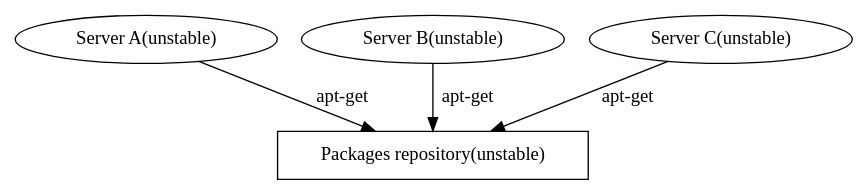
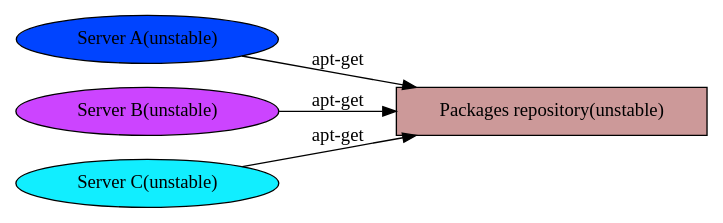
One commit to dancerj/monthly-report changed the diagram in image200709/apt-proxy.dot. Above: the diagram before and after it, drawn with Graphviz. The commit also changed 13 other files, not shown here.

```diff
--- a/image200709/apt-proxy.dot
+++ b/image200709/apt-proxy.dot
@@ -1,7 +1,11 @@
 digraph G {
+graph [rankdir = LR];
 node [shape = "ellipse"];
-"Packages repository(unstable)" [shape = "box"];
+"Packages repository(unstable)" [shape = "box" ,style = filled,fillcolor = "#CC9999"];
+"Server A(unstable)" [shape = "ellipse", style = filled, fillcolor="#0044ff"];
+"Server B(unstable)" [shape = "ellipse", style = filled, fillcolor="#CC44ff"];
+"Server C(unstable)" [shape = "ellipse", style = filled, fillcolor="#11eeff"];
 "Server A(unstable)" -> "Packages repository(unstable)" [label = "apt-get"];
 "Server B(unstable)" -> "Packages repository(unstable)" [label = "apt-get"];
 "Server C(unstable)" -> "Packages repository(unstable)" [label = "apt-get"];
 }
```
